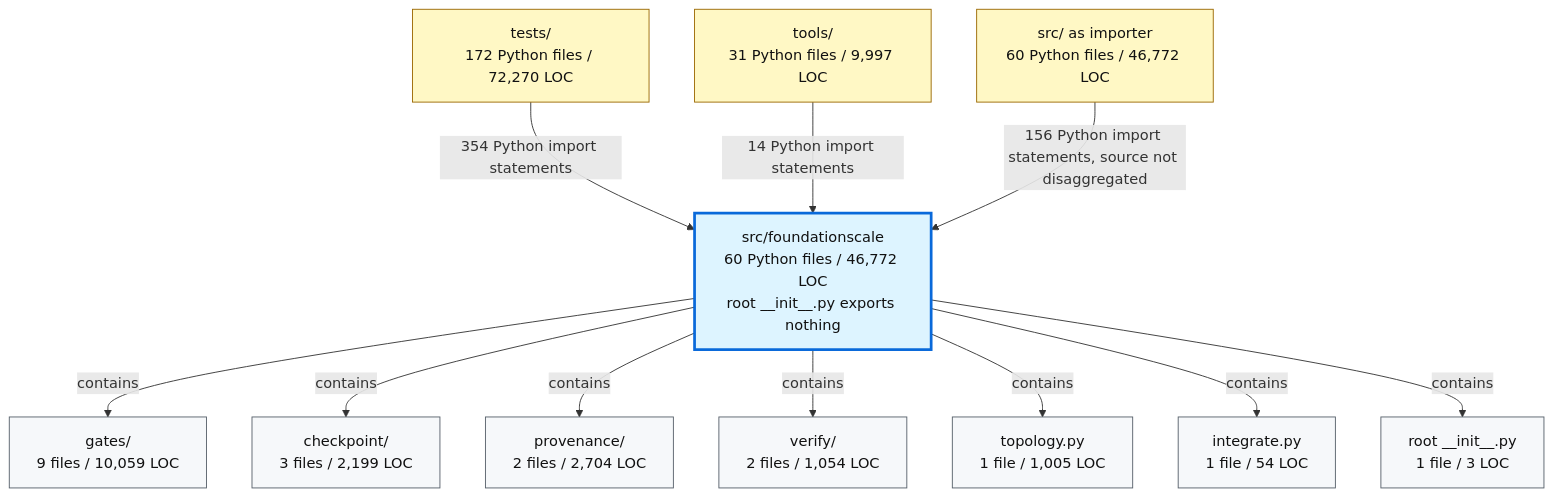
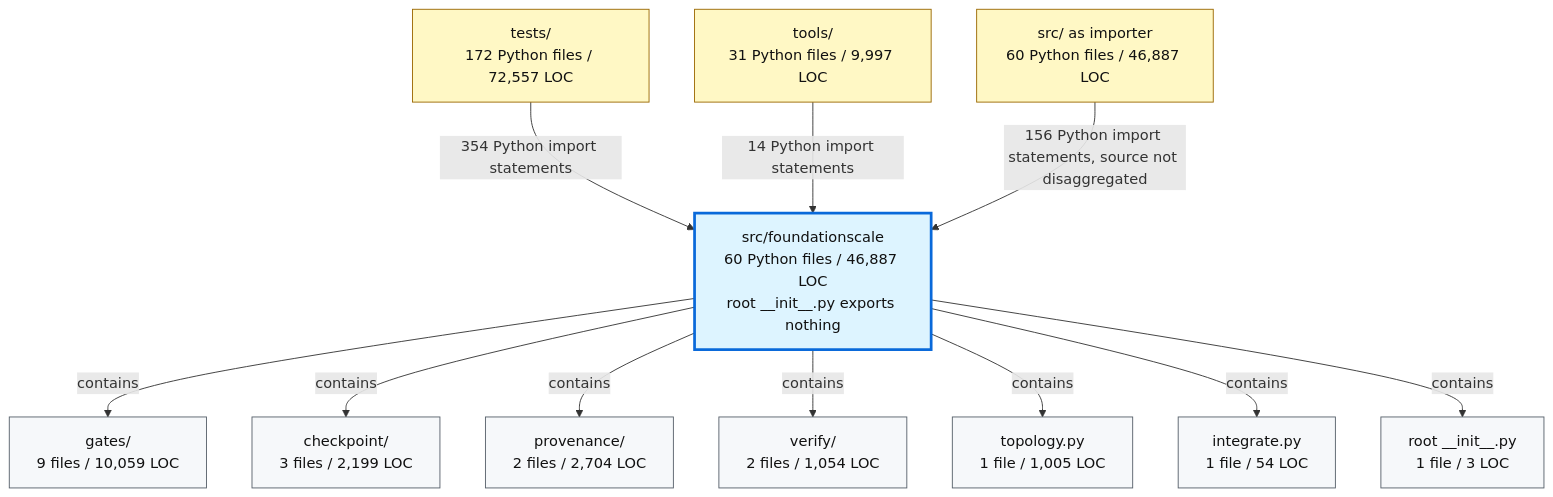
Before and after one commit to TranNhiem/FoundationScale: the second of 2 diagrams in docs/review/D2_current_architecture.md, drawn with Mermaid. The commit also changed other lines of this file and 15 other files, not shown here.

````diff
--- a/docs/review/D2_current_architecture.md
+++ b/docs/review/D2_current_architecture.md
@@ -97,36 +97,36 @@
 ```mermaid
 flowchart TB
-  TESTS["tests/<br/>172 Python files / 72,270 LOC"]
+  TESTS["tests/<br/>172 Python files / 72,557 LOC"]
   TOOLS["tools/<br/>31 Python files / 9,997 LOC"]
-  SRC["src/ as importer<br/>60 Python files / 46,772 LOC"]
+  SRC["src/ as importer<br/>60 Python files / 46,887 LOC"]
 
-  FS["src/foundationscale<br/>60 Python files / 46,772 LOC<br/>root __init__.py exports nothing"]
+  FS["src/foundationscale<br/>60 Python files / 46,887 LOC<br/>root __init__.py exports nothing"]
 
   GATES["gates/<br/>9 files / 10,059 LOC"]
   CKPT["checkpoint/<br/>3 files / 2,199 LOC"]
   PROV["provenance/<br/>2 files / 2,704 LOC"]
   VERIFY["verify/<br/>2 files / 1,054 LOC"]
   TOPO["topology.py<br/>1 file / 1,005 LOC"]
   INTEG["integrate.py<br/>1 file / 54 LOC"]
   ROOT["root __init__.py<br/>1 file / 3 LOC"]
 
   TESTS -->|"354 Python import statements"| FS
   TOOLS -->|"14 Python import statements"| FS
   SRC -->|"156 Python import statements, source not disaggregated"| FS
 
   FS -->|"contains"| GATES
   FS -->|"contains"| CKPT
   FS -->|"contains"| PROV
   FS -->|"contains"| VERIFY
   FS -->|"contains"| TOPO
   FS -->|"contains"| INTEG
   FS -->|"contains"| ROOT
 
   classDef consumer fill:#fff8c5,stroke:#9a6700,color:#111;
   classDef package fill:#ddf4ff,stroke:#0969da,stroke-width:3px,color:#111;
   classDef module fill:#f6f8fa,stroke:#57606a,color:#111;
 
   class TESTS,TOOLS,SRC consumer;
   class FS package;
   class GATES,CKPT,PROV,VERIFY,TOPO,INTEG,ROOT module;
 ```
````
